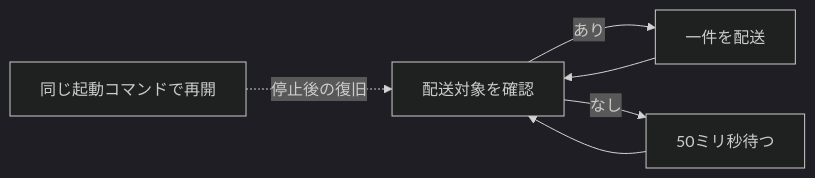
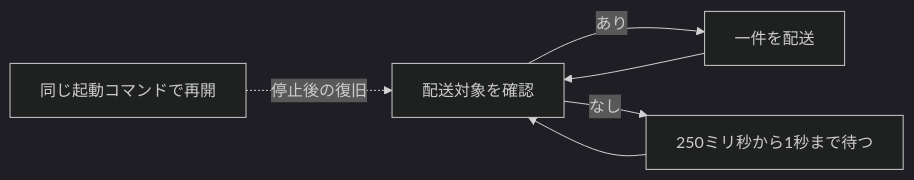
Before and after one commit to nakamori-naoya/agent-fleet-plugins: the first of 2 diagrams in docs/2026-08-31-エージェント艦隊-非機能要件.md, drawn with Mermaid (dark theme). The commit also changed other lines of this file and 33 other files, not shown here.

````diff
--- a/docs/2026-08-31-エージェント艦隊-非機能要件.md
+++ b/docs/2026-08-31-エージェント艦隊-非機能要件.md
@@ -60,10 +62,10 @@
 ```mermaid
 flowchart LR
     C[配送対象を確認]
     D[一件を配送]
-    I[50ミリ秒待つ]
+    I[250ミリ秒から1秒まで待つ]
     S[同じ起動コマンドで再開]
     C -->|あり| D --> C
     C -->|なし| I --> C
     S -. 停止後の復旧 .-> C
 ```
````
